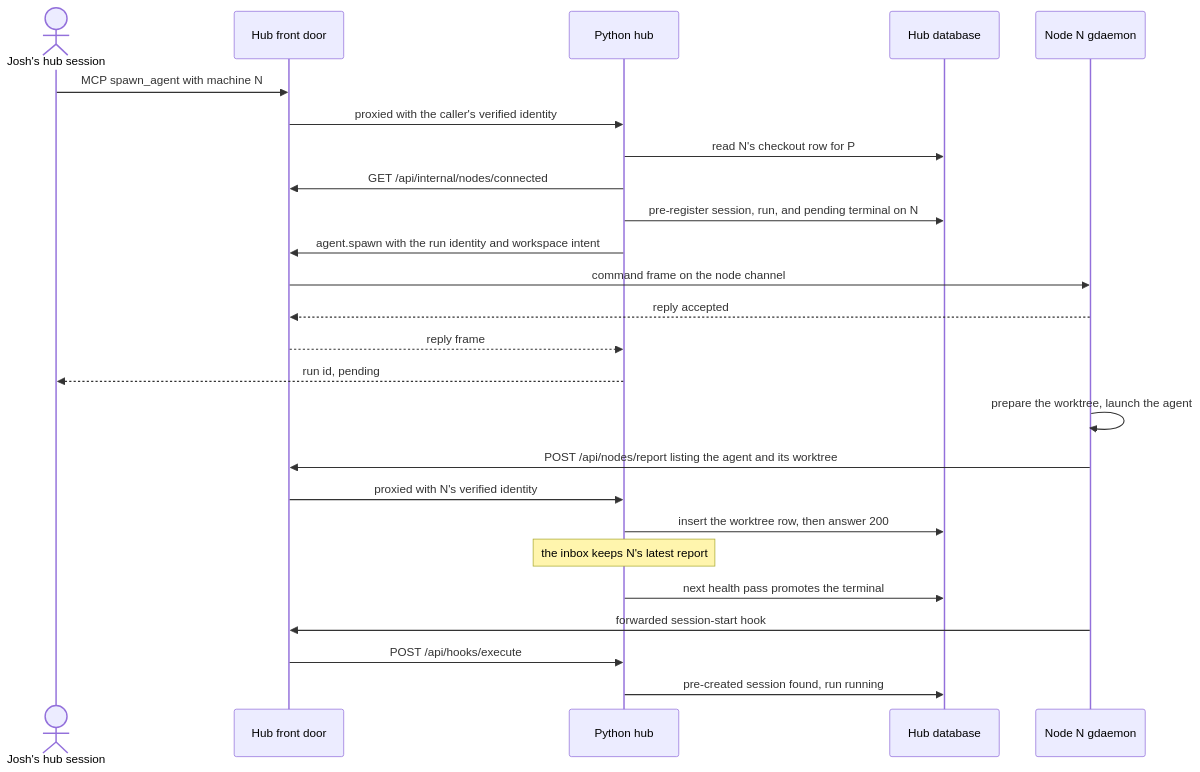
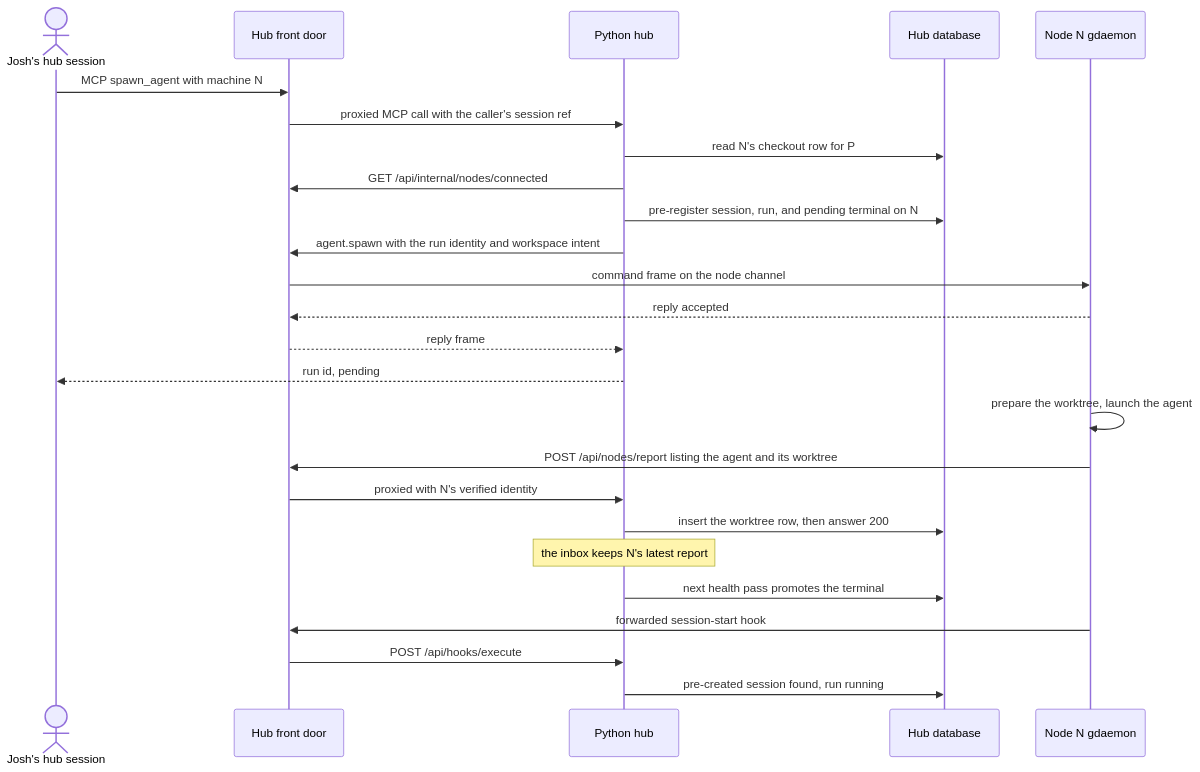
One commit to GobbyAI/gobby changed the second of 5 diagrams in .gobby/plans/hub-mode.md. Above: the diagram before and after it, drawn with Mermaid. The commit also changed other lines of this file, not shown here.

````diff
--- a/.gobby/plans/hub-mode.md
+++ b/.gobby/plans/hub-mode.md
@@ -610,27 +610,27 @@
 ```mermaid
 sequenceDiagram
   actor U as Josh's hub session
   participant FD as Hub front door
   participant PY as Python hub
   participant DB as Hub database
   participant N as Node N gdaemon
   U->>FD: MCP spawn_agent with machine N
-  FD->>PY: proxied with the caller's verified identity
+  FD->>PY: proxied MCP call with the caller's session ref
   PY->>DB: read N's checkout row for P
   PY->>FD: GET /api/internal/nodes/connected
   PY->>DB: pre-register session, run, and pending terminal on N
   PY->>FD: agent.spawn with the run identity and workspace intent
   FD->>N: command frame on the node channel
   N-->>FD: reply accepted
   FD-->>PY: reply frame
   PY-->>U: run id, pending
   N->>N: prepare the worktree, launch the agent
   N->>FD: POST /api/nodes/report listing the agent and its worktree
   FD->>PY: proxied with N's verified identity
   PY->>DB: insert the worktree row, then answer 200
   Note over PY: the inbox keeps N's latest report
   PY->>DB: next health pass promotes the terminal
   N->>FD: forwarded session-start hook
   FD->>PY: POST /api/hooks/execute
   PY->>DB: pre-created session found, run running
 ```
````
